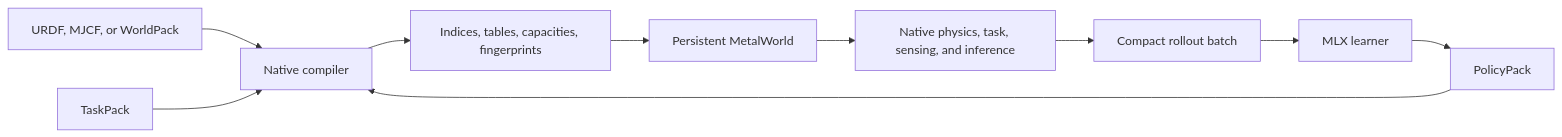
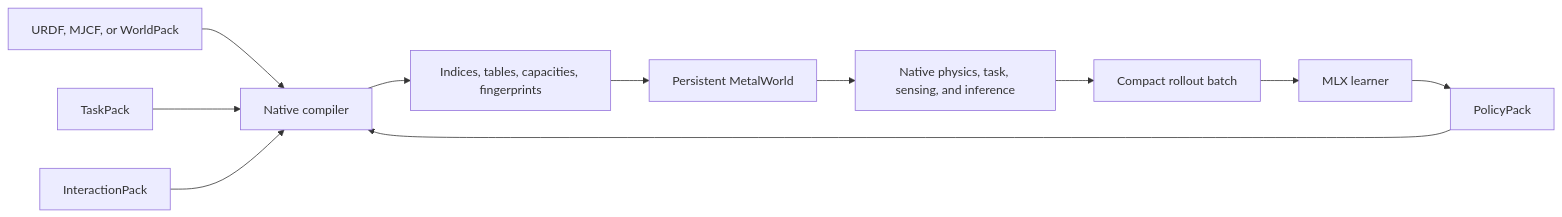
Before and after one commit to Numi2/numi-lab: the first of 3 diagrams in docs/WORLD_ENGINE.md, drawn with Mermaid. The commit also changed other lines of this file and 18 other files, not shown here.

Commit message:
Add contact-first InteractionPack learning path

````diff
--- a/docs/WORLD_ENGINE.md
+++ b/docs/WORLD_ENGINE.md
@@ -9,12 +9,13 @@
 ```mermaid
 flowchart LR
-    A["URDF, MJCF, or WorldPack"] --> D["Native compiler"]
-    B["TaskPack"] --> D
-    C["PolicyPack"] --> D
-    D --> E["Indices, tables, capacities, fingerprints"]
-    E --> F["Persistent MetalWorld"]
-    F --> G["Native physics, task, sensing, and inference"]
-    G --> H["Compact rollout batch"]
-    H --> I["MLX learner"]
-    I --> C
+    A["URDF, MJCF, or WorldPack"] --> E["Native compiler"]
+    B["TaskPack"] --> E
+    C["InteractionPack"] --> E
+    D["PolicyPack"] --> E
+    E --> F["Indices, tables, capacities, fingerprints"]
+    F --> G["Persistent MetalWorld"]
+    G --> H["Native physics, task, sensing, and inference"]
+    H --> I["Compact rollout batch"]
+    I --> J["MLX learner"]
+    J --> D
 ```
````
